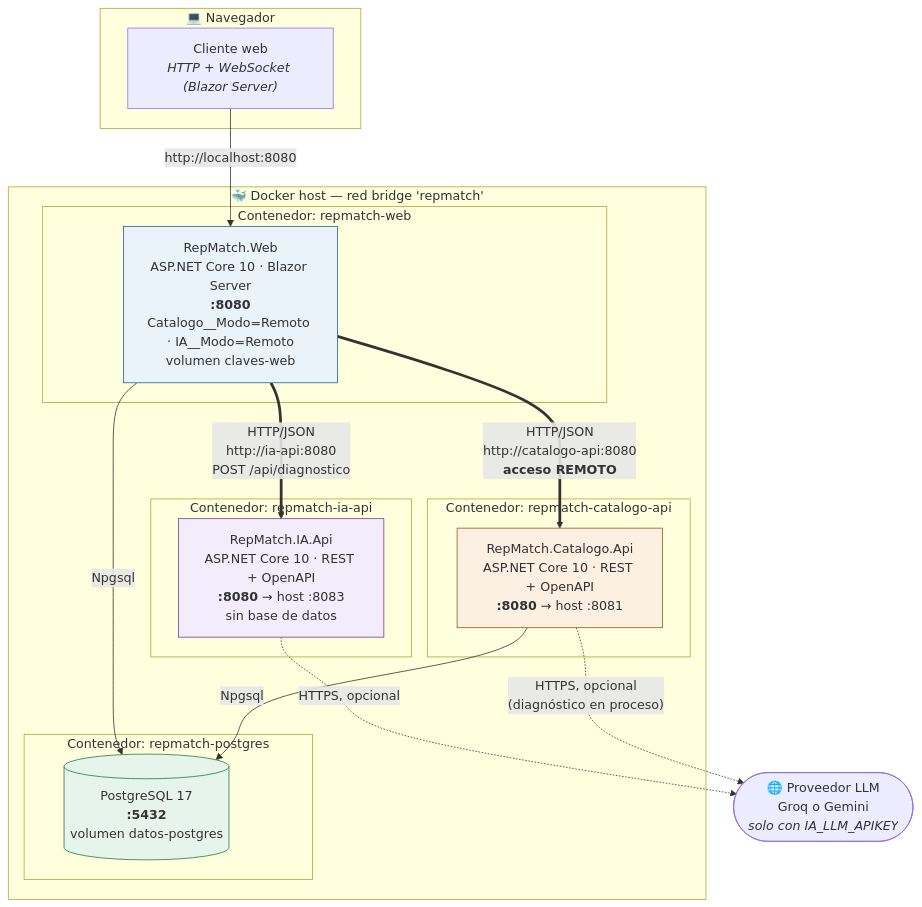
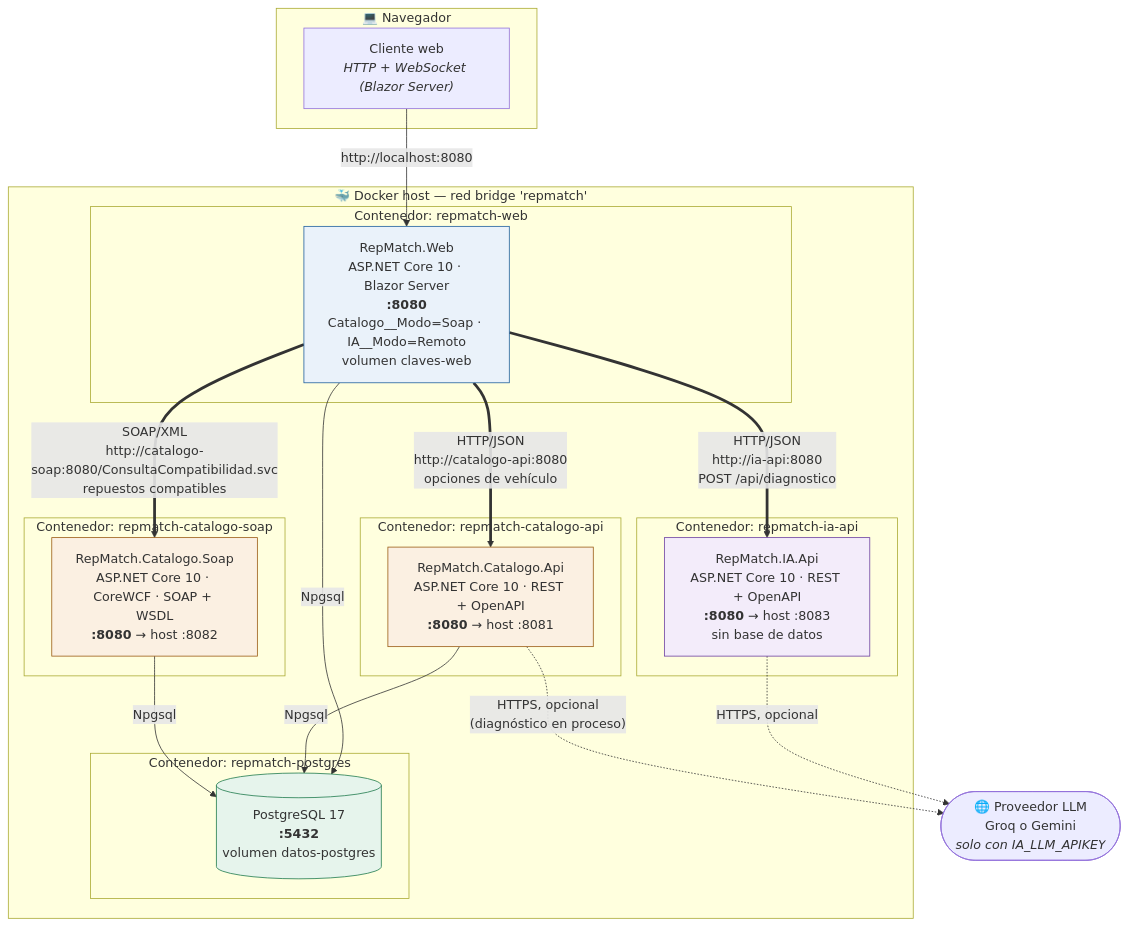
One commit to lfb-00/tp-apps-2 changed the first of 2 diagrams in docs/diagramas/despliegue.md. Above: the diagram before and after it, drawn with Mermaid. The commit also changed other lines of this file and 55 other files, not shown here.

````diff
--- a/docs/diagramas/despliegue.md
+++ b/docs/diagramas/despliegue.md
@@ -9,39 +9,46 @@
 ```mermaid
 flowchart TB
     subgraph nav["💻 Navegador"]
         BR["Cliente web<br/><i>HTTP + WebSocket (Blazor Server)</i>"]
     end
 
     subgraph docker["🐳 Docker host — red bridge 'repmatch'"]
         subgraph c1["Contenedor: repmatch-web"]
-            W["RepMatch.Web<br/>ASP.NET Core 10 · Blazor Server<br/><b>:8080</b><br/>Catalogo__Modo=Remoto · IA__Modo=Remoto<br/>volumen claves-web"]
+            W["RepMatch.Web<br/>ASP.NET Core 10 · Blazor Server<br/><b>:8080</b><br/>Catalogo__Modo=Soap · IA__Modo=Remoto<br/>volumen claves-web"]
         end
 
         subgraph c2["Contenedor: repmatch-catalogo-api"]
             A["RepMatch.Catalogo.Api<br/>ASP.NET Core 10 · REST + OpenAPI<br/><b>:8080</b> → host :8081"]
+        end
+
+        subgraph c5["Contenedor: repmatch-catalogo-soap"]
+            S["RepMatch.Catalogo.Soap<br/>ASP.NET Core 10 · CoreWCF · SOAP + WSDL<br/><b>:8080</b> → host :8082"]
         end
 
         subgraph c4["Contenedor: repmatch-ia-api"]
             IA["RepMatch.IA.Api<br/>ASP.NET Core 10 · REST + OpenAPI<br/><b>:8080</b> → host :8083<br/>sin base de datos"]
         end
 
         subgraph c3["Contenedor: repmatch-postgres"]
             P[("PostgreSQL 17<br/><b>:5432</b><br/>volumen datos-postgres")]
         end
     end
 
     BR -- "http://localhost:8080" --> W
-    W == "HTTP/JSON<br/>http://catalogo-api:8080<br/><b>acceso REMOTO</b>" ==> A
+    W == "HTTP/JSON<br/>http://catalogo-api:8080<br/>opciones de vehículo" ==> A
+    W == "SOAP/XML<br/>http://catalogo-soap:8080/ConsultaCompatibilidad.svc<br/>repuestos compatibles" ==> S
     W == "HTTP/JSON<br/>http://ia-api:8080<br/>POST /api/diagnostico" ==> IA
     W -- "Npgsql" --> P
     A -- "Npgsql" --> P
+    S -- "Npgsql" --> P
 
     LLM(["🌐 Proveedor LLM<br/>Groq o Gemini<br/><i>solo con IA_LLM_APIKEY</i>"])
     IA -. "HTTPS, opcional" .-> LLM
     A -. "HTTPS, opcional<br/>(diagnóstico en proceso)" .-> LLM
 
     style W fill:#eaf2fa,stroke:#1f5f9e
     style A fill:#fbf0e2,stroke:#9a5b13
+    style S fill:#fbf0e2,stroke:#9a5b13
     style IA fill:#f3ecfa,stroke:#6b3fa0
     style P fill:#e6f4ec,stroke:#1f7a4d
 ```
````
